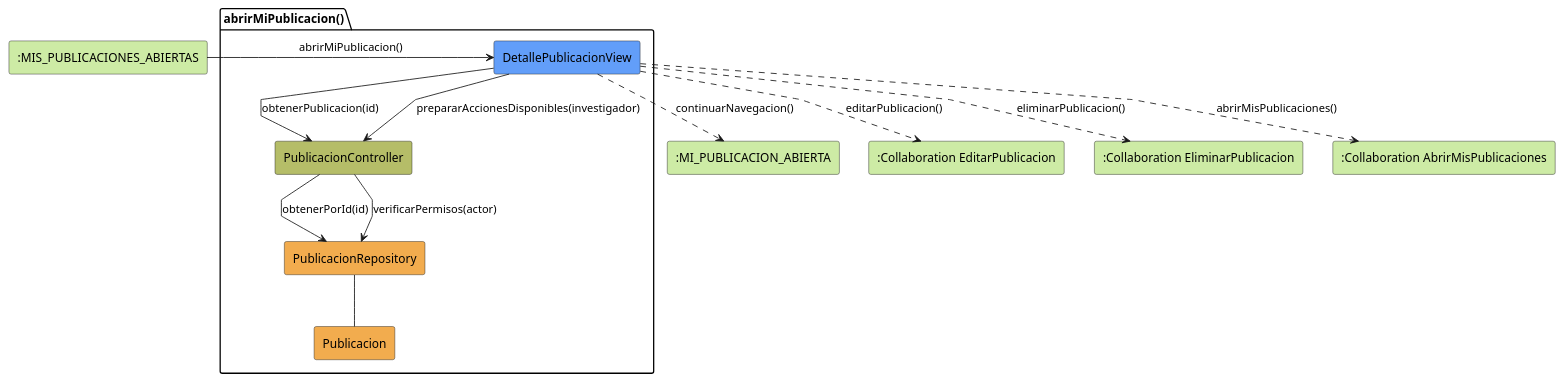
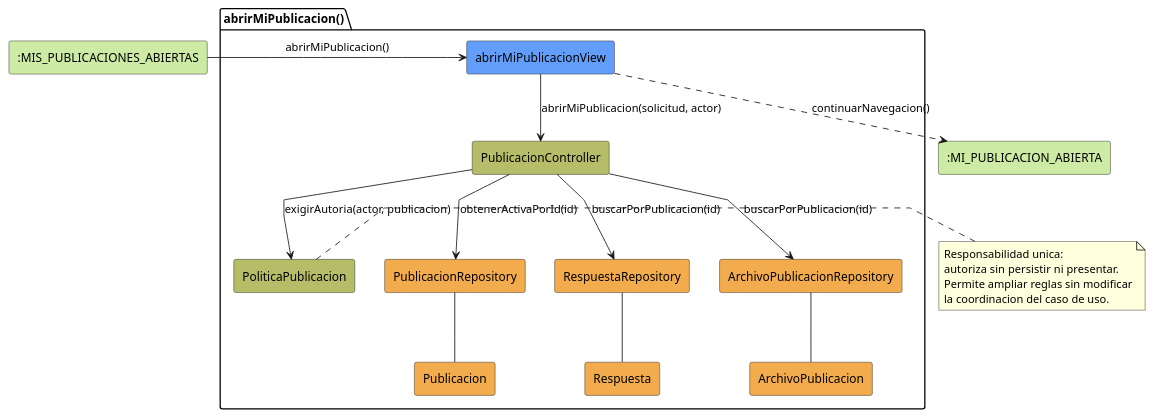
One commit to beatriizorozco/25-26-idsw2-sdVC changed the diagram in RUP/01-analisis/casos-uso/investigador/abrirMiPublicacion/colaboracion.puml. Above: the diagram before and after it, drawn with PlantUML. The commit also changed 99 other files, not shown here.

Commit message:
docs(analisis y diseño): bloque 8: publicaciones

```diff
--- a/RUP/01-analisis/casos-uso/investigador/abrirMiPublicacion/colaboracion.puml
+++ b/RUP/01-analisis/casos-uso/investigador/abrirMiPublicacion/colaboracion.puml
@@ -1,29 +1,36 @@
-@startuml abrirMiPublicacion-analisis
+@startuml abrirMiPublicacion-investigador-analisis
 skinparam linetype polyline
 
 rectangle #CDEBA5 ":MIS_PUBLICACIONES_ABIERTAS" as EstadoEntrada
 package abrirMiPublicacion as "abrirMiPublicacion()" {
-    rectangle #629EF9 DetallePublicacionView
+    rectangle #629EF9 "abrirMiPublicacionView" as View
     rectangle #b5bd68 PublicacionController
+    rectangle #b5bd68 PoliticaPublicacion
     rectangle #F2AC4E PublicacionRepository
     rectangle #F2AC4E Publicacion
+    rectangle #F2AC4E RespuestaRepository
+    rectangle #F2AC4E ArchivoPublicacionRepository
+    rectangle #F2AC4E Respuesta
+    rectangle #F2AC4E ArchivoPublicacion
 }
+rectangle #CDEBA5 ":MI_PUBLICACION_ABIERTA" as EstadoSalida
 
-rectangle #CDEBA5 ":MI_PUBLICACION_ABIERTA" as EstadoSalida
-rectangle #CDEBA5 ":Collaboration EditarPublicacion" as EditarPublicacion
-rectangle #CDEBA5 ":Collaboration EliminarPublicacion" as EliminarPublicacion
-rectangle #CDEBA5 ":Collaboration AbrirMisPublicaciones" as AbrirMisPublicaciones
+EstadoEntrada -r-> View: abrirMiPublicacion()
+View -d-> PublicacionController: abrirMiPublicacion(solicitud, actor)
+PublicacionController --> PublicacionRepository: obtenerActivaPorId(id)
+PublicacionController --> PoliticaPublicacion: exigirAutoria(actor, publicacion)
 
-EstadoEntrada -r-> DetallePublicacionView: abrirMiPublicacion()
+PublicacionRepository -- Publicacion
+PublicacionController --> RespuestaRepository: buscarPorPublicacion(id)
+PublicacionController --> ArchivoPublicacionRepository: buscarPorPublicacion(id)
+RespuestaRepository -- Respuesta
+ArchivoPublicacionRepository -- ArchivoPublicacion
+View ..> EstadoSalida: continuarNavegacion()
 
-DetallePublicacionView -d-> PublicacionController: obtenerPublicacion(id)
-DetallePublicacionView --> PublicacionController: prepararAccionesDisponibles(investigador)
-PublicacionController --> PublicacionRepository: obtenerPorId(id)
-PublicacionController --> PublicacionRepository: verificarPermisos(actor)
-PublicacionRepository -- Publicacion
-DetallePublicacionView ..> EstadoSalida: continuarNavegacion()
-DetallePublicacionView ..> EditarPublicacion: editarPublicacion()
-DetallePublicacionView ..> EliminarPublicacion: eliminarPublicacion()
-DetallePublicacionView ..> AbrirMisPublicaciones: abrirMisPublicaciones()
-
+note right of PoliticaPublicacion
+Responsabilidad unica:
+autoriza sin persistir ni presentar.
+Permite ampliar reglas sin modificar
+la coordinacion del caso de uso.
+end note
 @enduml
```
